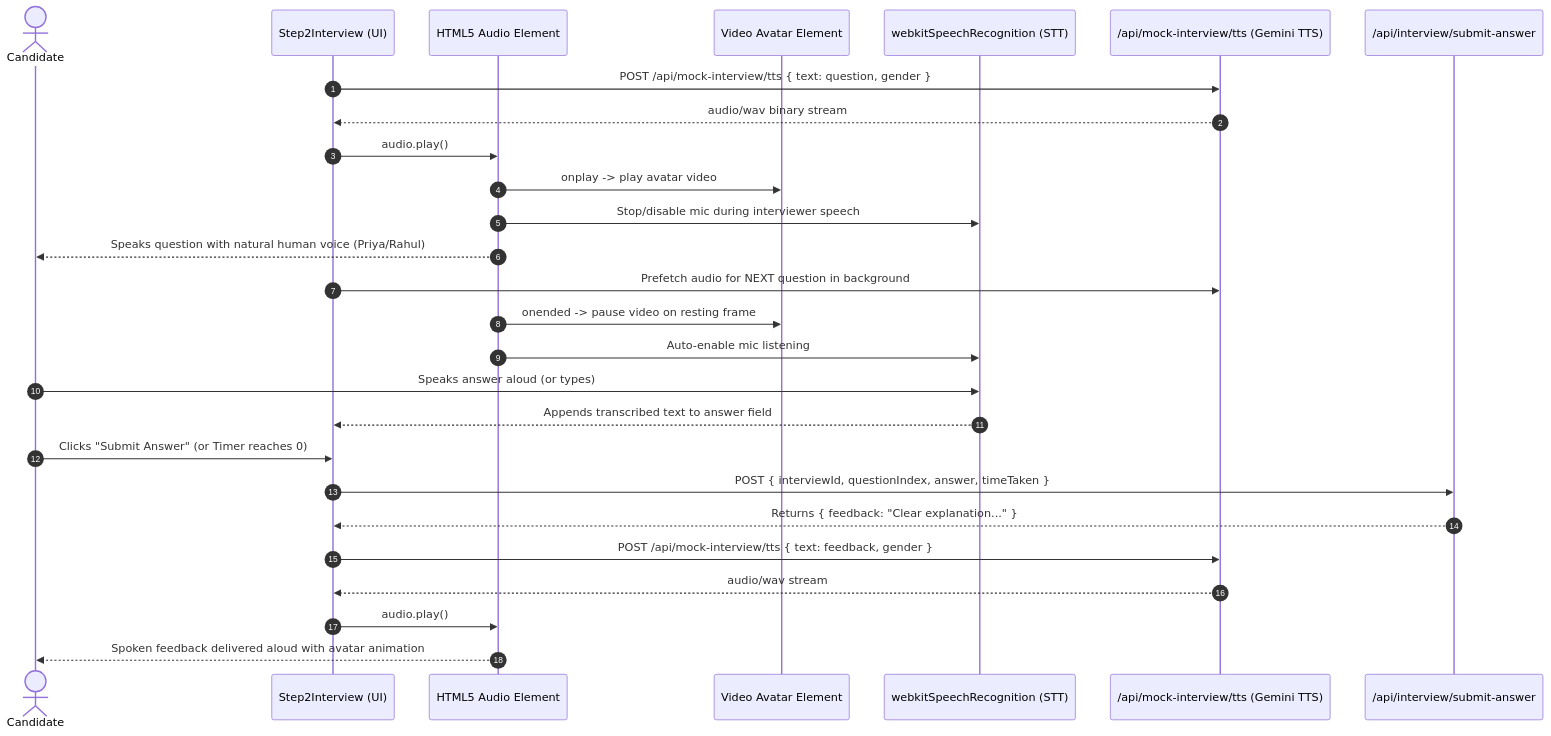
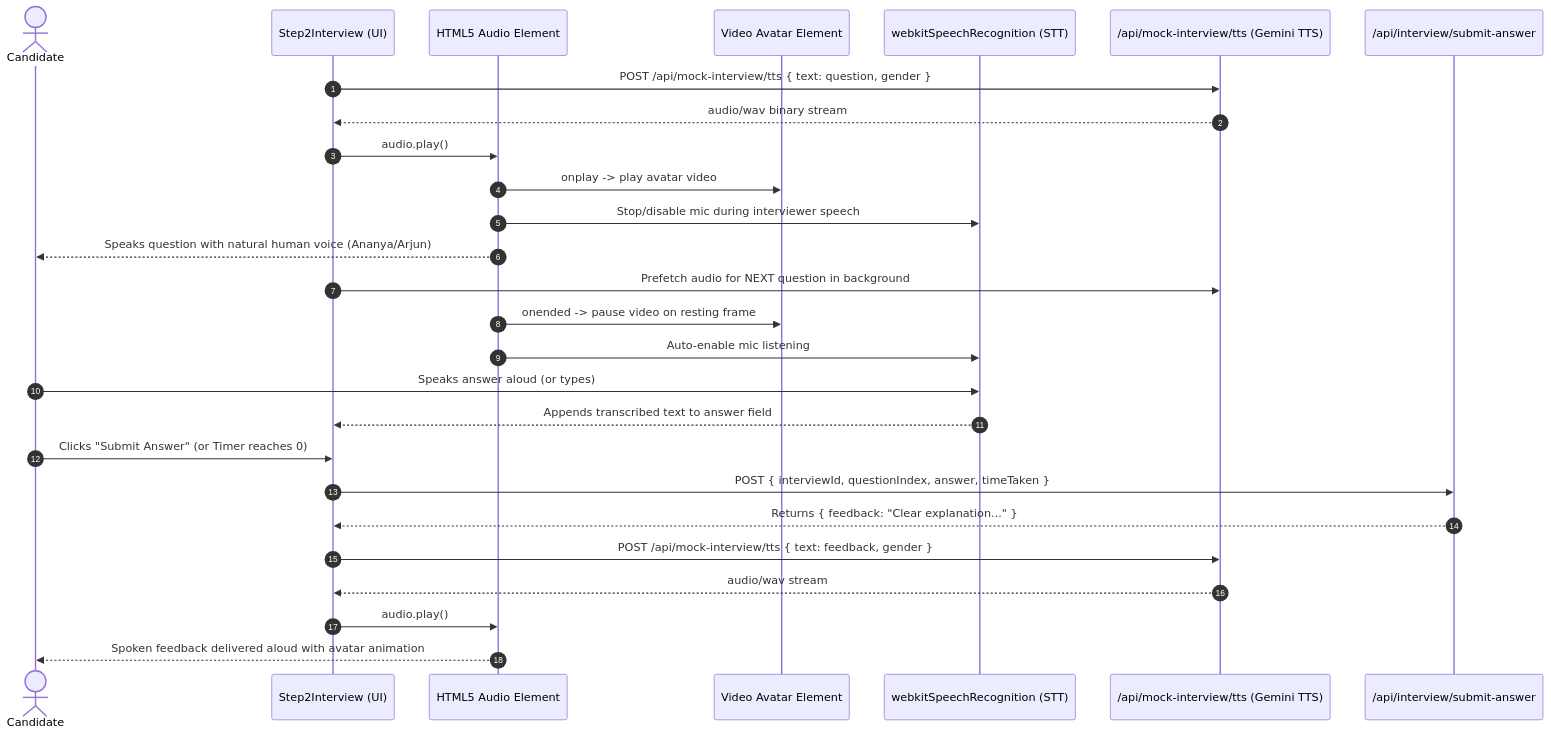
Before and after one commit to Hrshita833/AI-Interview: the second of 4 diagrams in DESIGN.md, drawn with Mermaid. The commit also changed other lines of this file and 20 other files, not shown here.

Commit message:
fix: clean audio processing, voice/text mode toggle, rename to Ananya and Arjun, robust fallback

````diff
--- a/DESIGN.md
+++ b/DESIGN.md
@@ -293,32 +293,32 @@
 ```mermaid
 sequenceDiagram
     autonumber
     actor Candidate
     participant Step2 as Step2Interview (UI)
     participant AudioElem as HTML5 Audio Element
     participant Video as Video Avatar Element
     participant SpeechRec as webkitSpeechRecognition (STT)
     participant TTSAPI as /api/mock-interview/tts (Gemini TTS)
     participant Backend as /api/interview/submit-answer
 
     Step2->>TTSAPI: POST /api/mock-interview/tts { text: question, gender }
     TTSAPI-->>Step2: audio/wav binary stream
     Step2->>AudioElem: audio.play()
     AudioElem->>Video: onplay -> play avatar video
     AudioElem->>SpeechRec: Stop/disable mic during interviewer speech
-    AudioElem-->>Candidate: Speaks question with natural human voice (Priya/Rahul)
+    AudioElem-->>Candidate: Speaks question with natural human voice (Ananya/Arjun)
     Step2->>TTSAPI: Prefetch audio for NEXT question in background
     AudioElem->>Video: onended -> pause video on resting frame
     AudioElem->>SpeechRec: Auto-enable mic listening
     
     Candidate->>SpeechRec: Speaks answer aloud (or types)
     SpeechRec-->>Step2: Appends transcribed text to answer field
     
     Candidate->>Step2: Clicks "Submit Answer" (or Timer reaches 0)
     Step2->>Backend: POST { interviewId, questionIndex, answer, timeTaken }
     Backend-->>Step2: Returns { feedback: "Clear explanation..." }
     Step2->>TTSAPI: POST /api/mock-interview/tts { text: feedback, gender }
     TTSAPI-->>Step2: audio/wav stream
     Step2->>AudioElem: audio.play()
     AudioElem-->>Candidate: Spoken feedback delivered aloud with avatar animation
 ```
````
